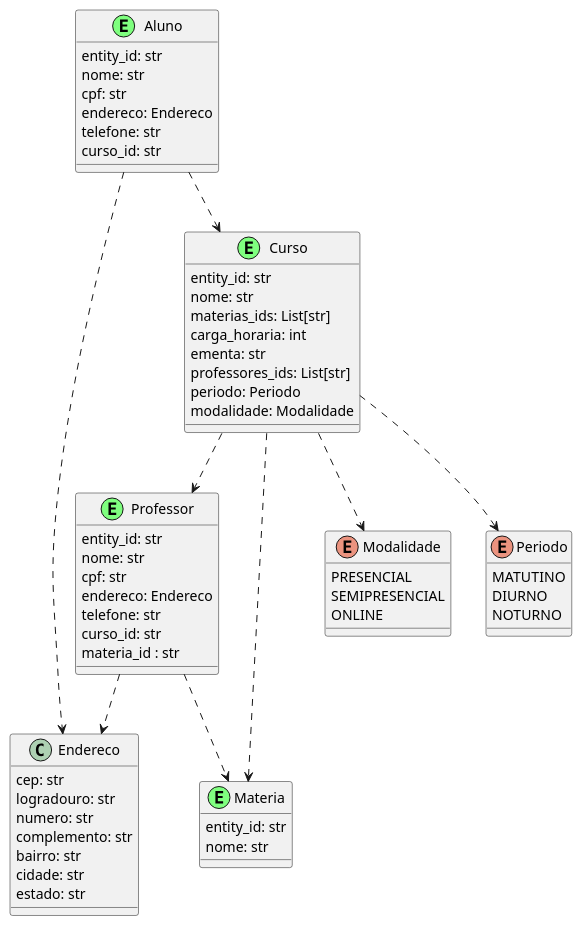
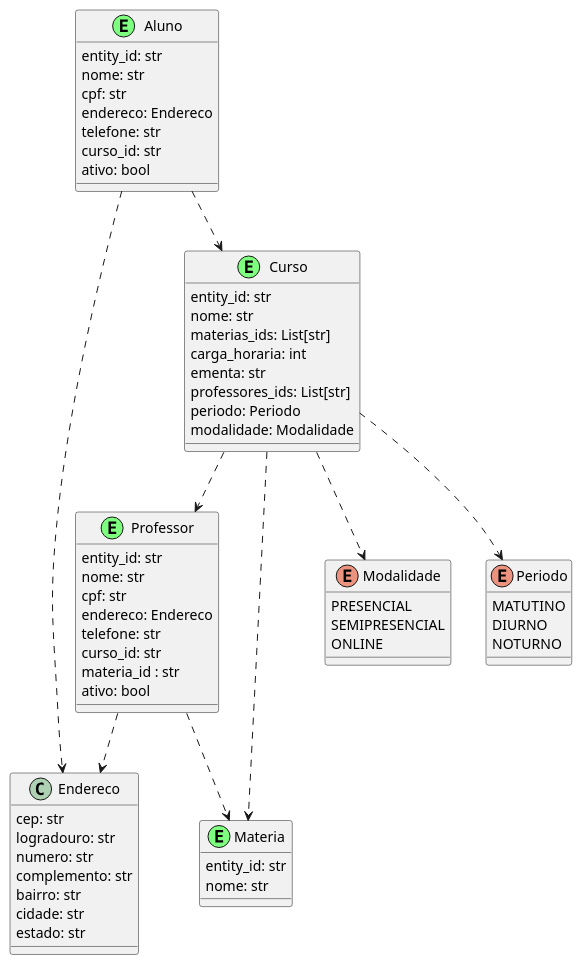
One commit to DandaraF/gerenciar-escola changed the diagram in backend/docs/Diagrams/classes.puml. Above: the diagram before and after it, drawn with PlantUML. The commit also changed 23 other files, not shown here.

```diff
--- a/backend/docs/Diagrams/classes.puml
+++ b/backend/docs/Diagrams/classes.puml
@@ -1,72 +1,74 @@
 @startuml
 class Aluno << (E,#7fff7f) >>{
     entity_id: str
     nome: str
     cpf: str
     endereco: Endereco
     telefone: str
     curso_id: str
+    ativo: bool
 }
 
 class Professor << (E,#7fff7f) >>{
     entity_id: str
     nome: str
     cpf: str
     endereco: Endereco
     telefone: str
     curso_id: str
     materia_id : str
+    ativo: bool
 }
 
 
 class Endereco{
     cep: str
     logradouro: str
     numero: str
     complemento: str
     bairro: str
     cidade: str
     estado: str
 }
 
 
 class Materia << (E,#7fff7f) >>{
     entity_id: str
     nome: str
 }
 
 class Curso << (E,#7fff7f) >>{
     entity_id: str
     nome: str
     materias_ids: List[str]
     carga_horaria: int
     ementa: str
     professores_ids: List[str]
     periodo: Periodo
     modalidade: Modalidade
 }
 
 enum Modalidade{
     PRESENCIAL
     SEMIPRESENCIAL
     ONLINE
 }
 
 enum Periodo{
     MATUTINO
     DIURNO
     NOTURNO
 }
 
 
 Aluno..> Curso
 Aluno..> Endereco
 Professor..> Endereco
 Professor..> Materia
 Curso ..> Professor
 Curso..> Periodo
 Curso ..> Modalidade
 Curso..> Materia
 
 
 @enduml
```
